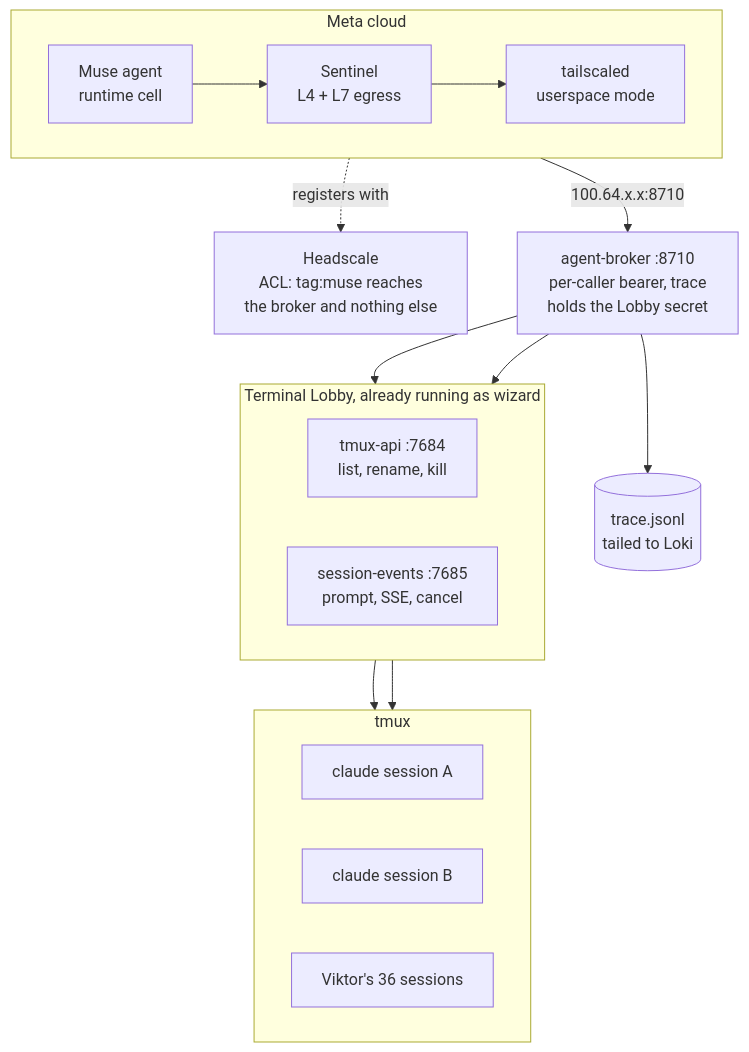
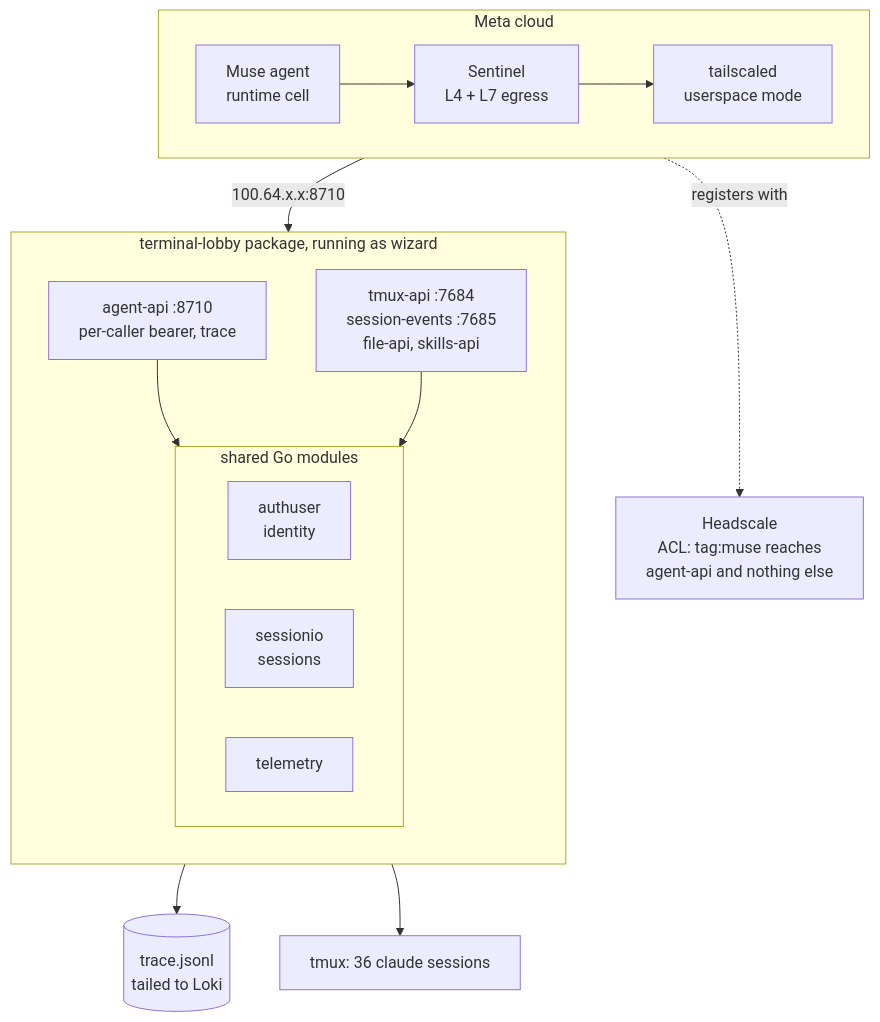
Before and after one commit to ViktorBarzin/infra: the first of 2 diagrams in docs/plans/2026-09-14-muse-agent-broker-design.md, drawn with Mermaid. The commit also changed other lines of this file, not shown here.

````diff
--- a/docs/plans/2026-09-14-muse-agent-broker-design.md
+++ b/docs/plans/2026-09-14-muse-agent-broker-design.md
@@ -68,28 +86,27 @@
 ```mermaid
 flowchart TB
   subgraph meta["Meta cloud"]
     direction LR
     muse["Muse agent<br/>runtime cell"] --> sentinel["Sentinel<br/>L4 + L7 egress"] --> ts["tailscaled<br/>userspace mode"]
   end
-  head["Headscale<br/>ACL: tag:muse reaches<br/>the broker and nothing else"]
-  broker["agent-broker :8710<br/>per-caller bearer, trace<br/>holds the Lobby secret"]
+  head["Headscale<br/>ACL: tag:muse reaches<br/>agent-api and nothing else"]
+  subgraph lobby["terminal-lobby package, running as wizard"]
+    direction TB
+    api["agent-api :8710<br/>per-caller bearer, trace"]
+    subgraph shared["shared Go modules"]
+      direction LR
+      au["authuser<br/>identity"]
+      sio["sessionio<br/>sessions"]
+      tel["telemetry"]
+    end
+    sibs["tmux-api :7684<br/>session-events :7685<br/>file-api, skills-api"]
+    api --> shared
+    sibs --> shared
+  end
+  tmux["tmux: 36 claude sessions"]
   trace[("trace.jsonl<br/>tailed to Loki")]
-  subgraph lobby["Terminal Lobby, already running as wizard"]
-    direction LR
-    tmuxapi["tmux-api :7684<br/>list, rename, kill"]
-    sessev["session-events :7685<br/>prompt, SSE, cancel"]
-  end
-  subgraph tm["tmux"]
-    direction LR
-    c1["claude session A"]
-    c2["claude session B"]
-    c3["Viktor's 36 sessions"]
-  end
   ts -.registers with.-> head
-  ts -->|"100.64.x.x:8710"| broker
-  broker --> trace
-  broker --> tmuxapi
-  broker --> sessev
-  tmuxapi --> tm
-  sessev --> tm
+  ts -->|"100.64.x.x:8710"| api
+  api --> trace
+  sio --> tmux
 ```
````
